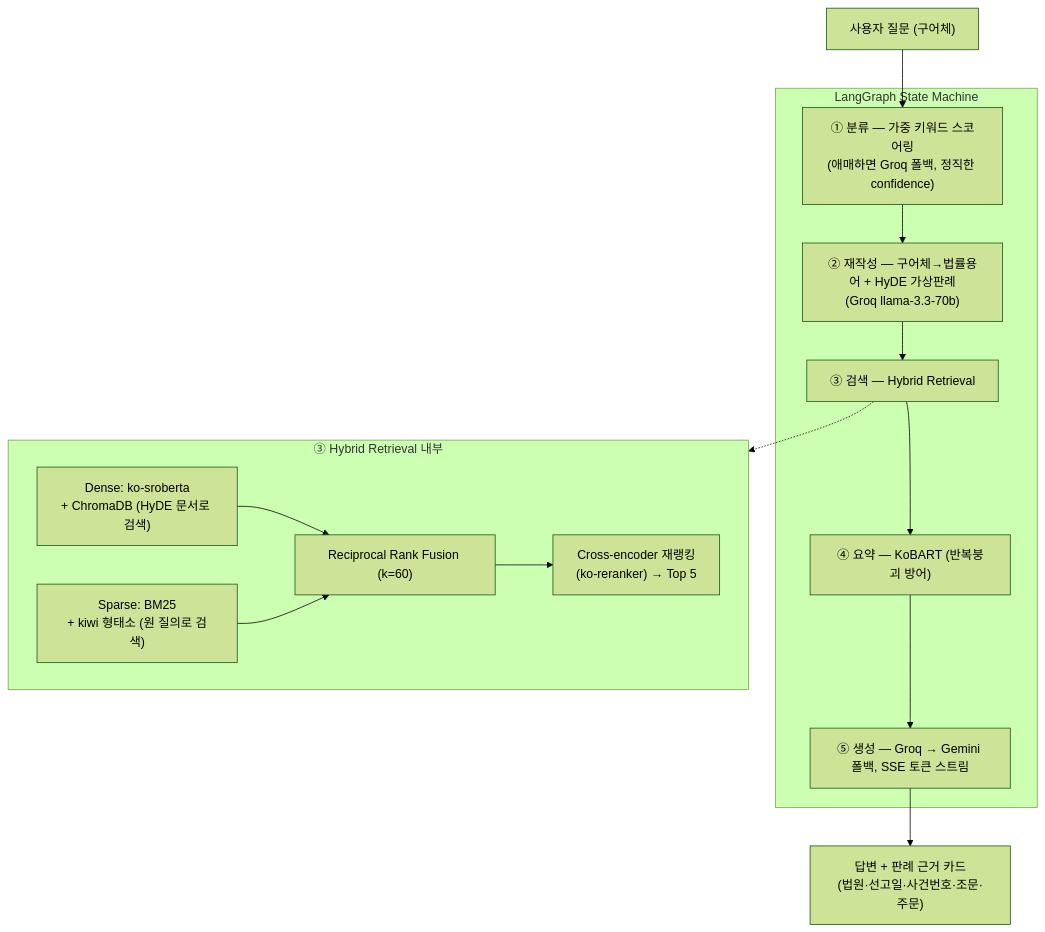
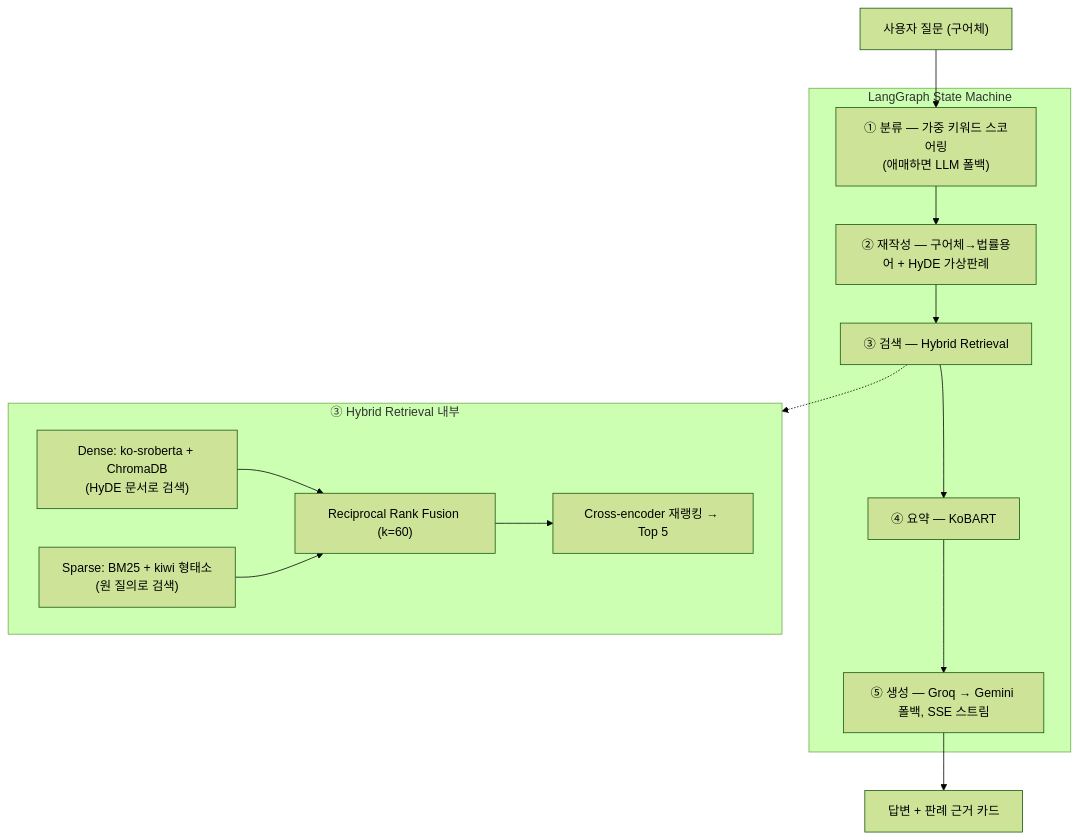
Before and after one commit to junseolee9/panrye-ai: the diagram in README.md, drawn with Mermaid (forest theme). The commit also changed other lines of this file, not shown here.

````diff
--- a/README.md
+++ b/README.md
@@ -25,21 +26,21 @@
 ```mermaid
 flowchart TD
     Q["사용자 질문 (구어체)"] --> A1
     subgraph LangGraph["LangGraph State Machine"]
-      A1["① 분류 — 가중 키워드 스코어링<br/>(애매하면 Groq 폴백, 정직한 confidence)"]
-      A2["② 재작성 — 구어체→법률용어 + HyDE 가상판례<br/>(Groq llama-3.3-70b)"]
+      A1["① 분류 — 가중 키워드 스코어링<br/>(애매하면 LLM 폴백)"]
+      A2["② 재작성 — 구어체→법률용어 + HyDE 가상판례"]
       A3["③ 검색 — Hybrid Retrieval"]
-      A4["④ 요약 — KoBART (반복붕괴 방어)"]
-      A5["⑤ 생성 — Groq → Gemini 폴백, SSE 토큰 스트림"]
+      A4["④ 요약 — KoBART"]
+      A5["⑤ 생성 — Groq → Gemini 폴백, SSE 스트림"]
       A1 --> A2 --> A3 --> A4 --> A5
     end
     subgraph Hybrid["③ Hybrid Retrieval 내부"]
-      D["Dense: ko-sroberta<br/>+ ChromaDB (HyDE 문서로 검색)"]
-      B["Sparse: BM25<br/>+ kiwi 형태소 (원 질의로 검색)"]
+      D["Dense: ko-sroberta + ChromaDB<br/>(HyDE 문서로 검색)"]
+      B["Sparse: BM25 + kiwi 형태소<br/>(원 질의로 검색)"]
       D --> RRF["Reciprocal Rank Fusion (k=60)"]
       B --> RRF
-      RRF --> RR["Cross-encoder 재랭킹<br/>(ko-reranker) → Top 5"]
+      RRF --> RR["Cross-encoder 재랭킹 → Top 5"]
     end
     A3 -.-> Hybrid
-    A5 --> ANS["답변 + 판례 근거 카드<br/>(법원·선고일·사건번호·조문·주문)"]
+    A5 --> ANS["답변 + 판례 근거 카드"]
 ```
````
